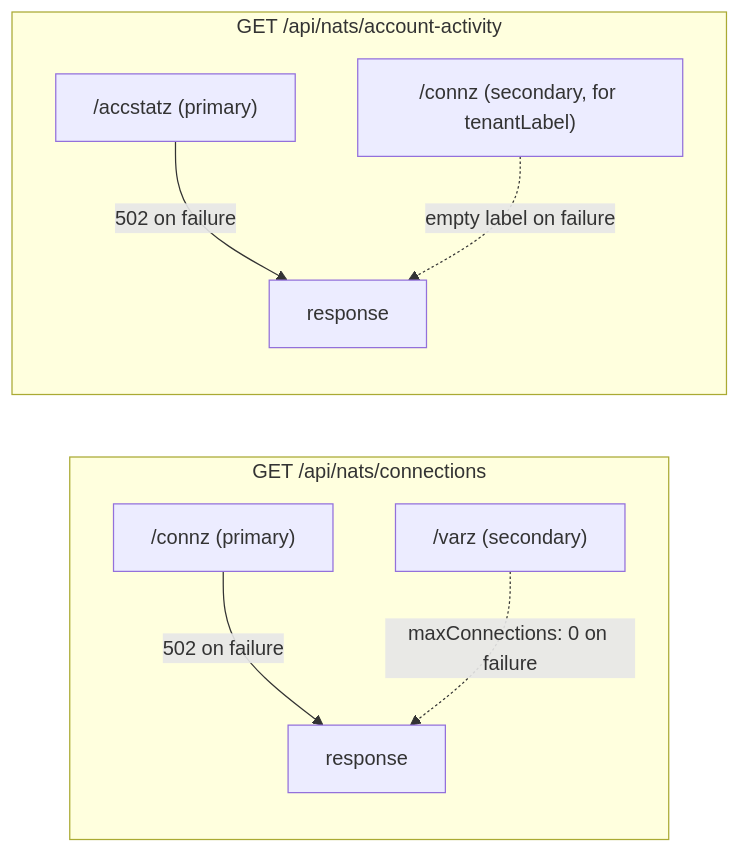
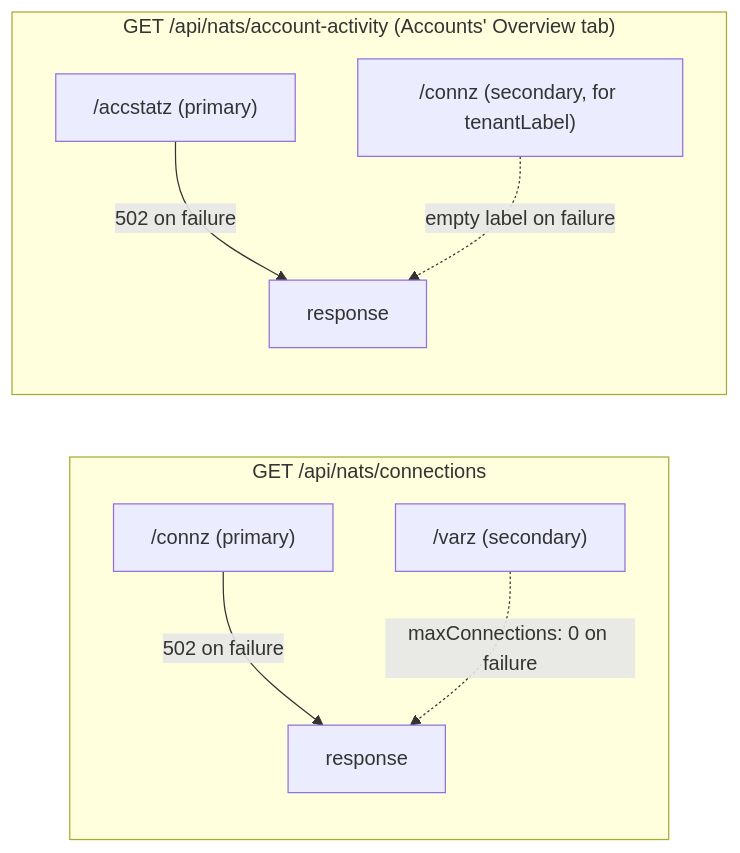
One commit to jthomas78/nats-tech-lab changed the diagram in obsidian/V3-Platform/Architecture/Dictionary-POC/ARCHITECTURE-ADMIN.md. Above: the diagram before and after it, drawn with Mermaid. The commit also changed other lines of this file and 50 other files, not shown here.

````diff
--- a/obsidian/V3-Platform/Architecture/Dictionary-POC/ARCHITECTURE-ADMIN.md
+++ b/obsidian/V3-Platform/Architecture/Dictionary-POC/ARCHITECTURE-ADMIN.md
@@ -198,13 +218,13 @@
 ```mermaid
 
 flowchart LR
 
     subgraph Connections["GET /api/nats/connections"]
         C1["/connz (primary)"] -->|"502 on failure"| C2[response]
         C3["/varz (secondary)"] -.->|"maxConnections: 0 on failure"| C2
     end
-    subgraph AccountActivity["GET /api/nats/account-activity"]
+    subgraph AccountActivity["GET /api/nats/account-activity (Accounts' Overview tab)"]
         A1["/accstatz (primary)"] -->|"502 on failure"| A2[response]
         A3["/connz (secondary, for tenantLabel)"] -.->|"empty label on failure"| A2
     end
 ```
````
